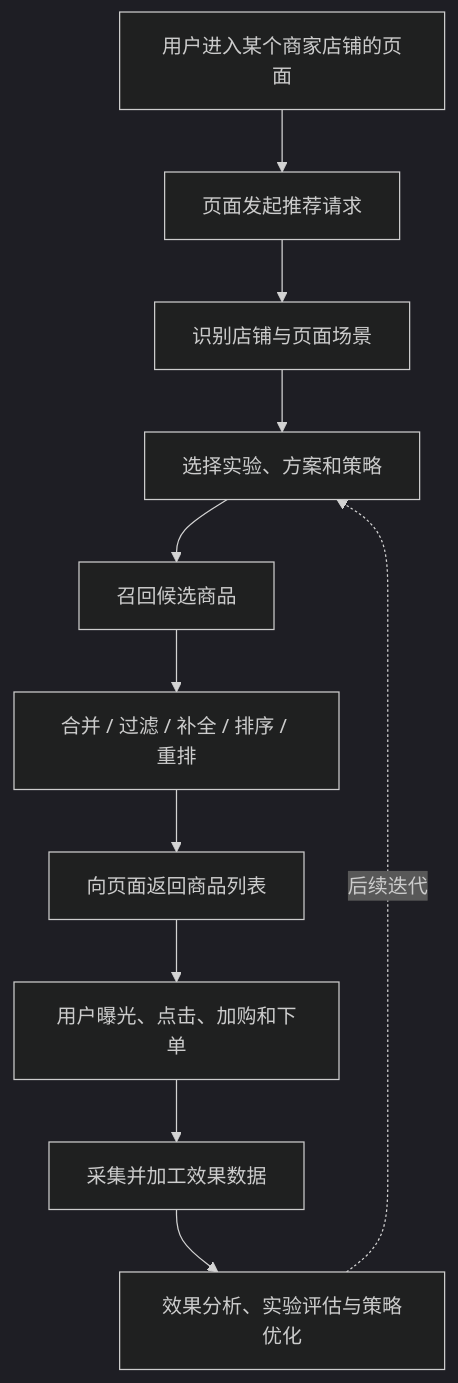
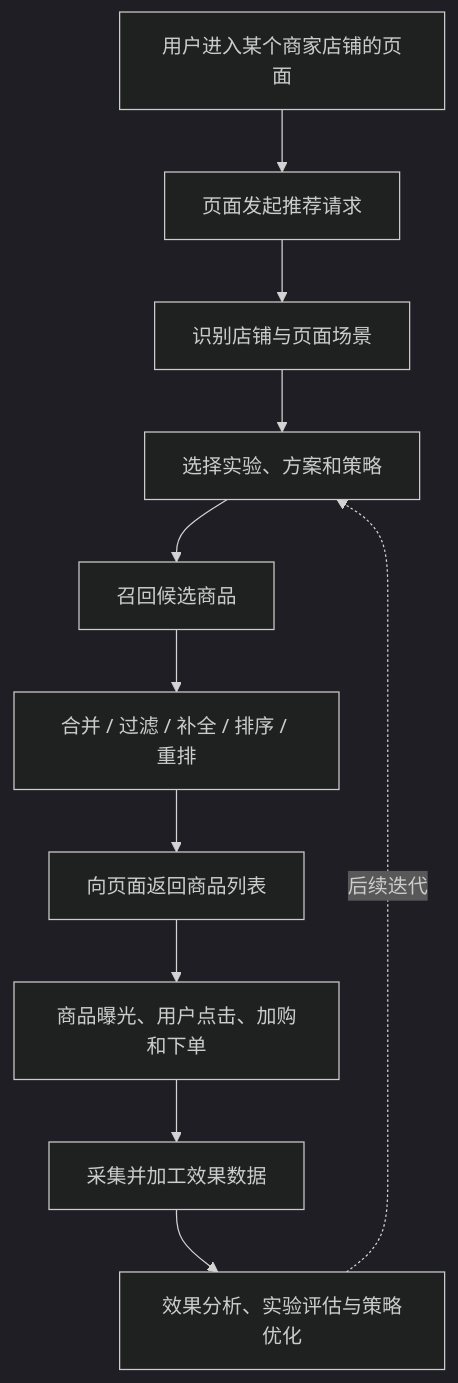
One commit to sgfd-ui/internship changed the first of 22 diagrams in weekly-report/recommendation-engineering-business-background.md. Above: the diagram before and after it, drawn with Mermaid (dark theme).

Commit message:
docs: 校正第一章业务流程图的事件名称及连线语法

```diff
--- a/weekly-report/recommendation-engineering-business-background.md
+++ b/weekly-report/recommendation-engineering-business-background.md
@@ -47,13 +47,13 @@
 ~~~mermaid
 flowchart TD
     A["用户进入某个商家店铺的页面"] --> B["页面发起推荐请求"]
     B --> C["识别店铺与页面场景"]
     C --> D["选择实验、方案和策略"]
     D --> E["召回候选商品"]
     E --> F["合并 / 过滤 / 补全 / 排序 / 重排"]
     F --> G["向页面返回商品列表"]
-    G --> H["用户曝光、点击、加购和下单"]
+    G --> H["商品曝光、用户点击、加购和下单"]
     H --> I["采集并加工效果数据"]
     I --> J["效果分析、实验评估与策略优化"]
-    J -. "后续迭代" .-> D
+    J -.->|后续迭代| D
 ~~~
```
